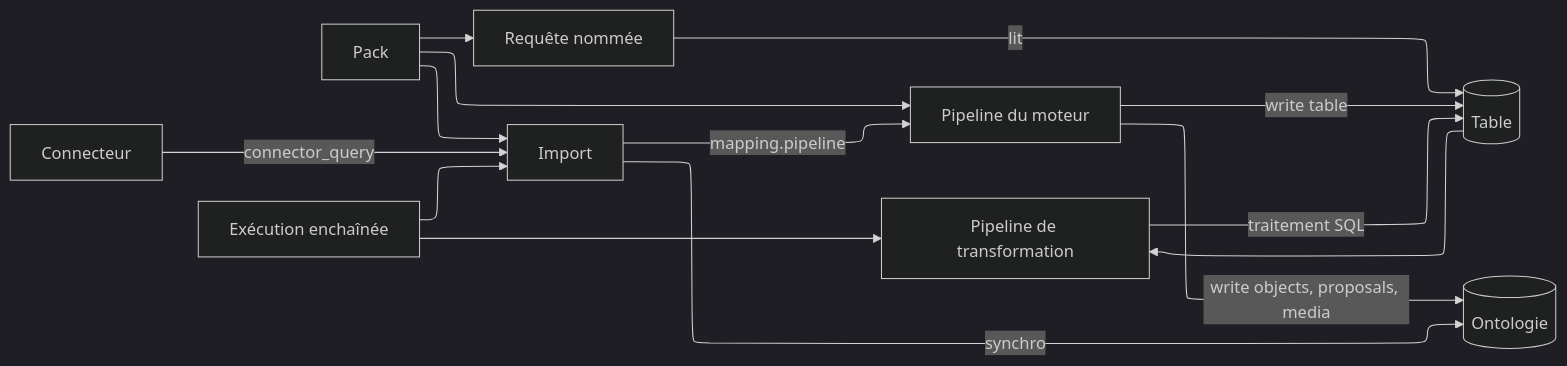
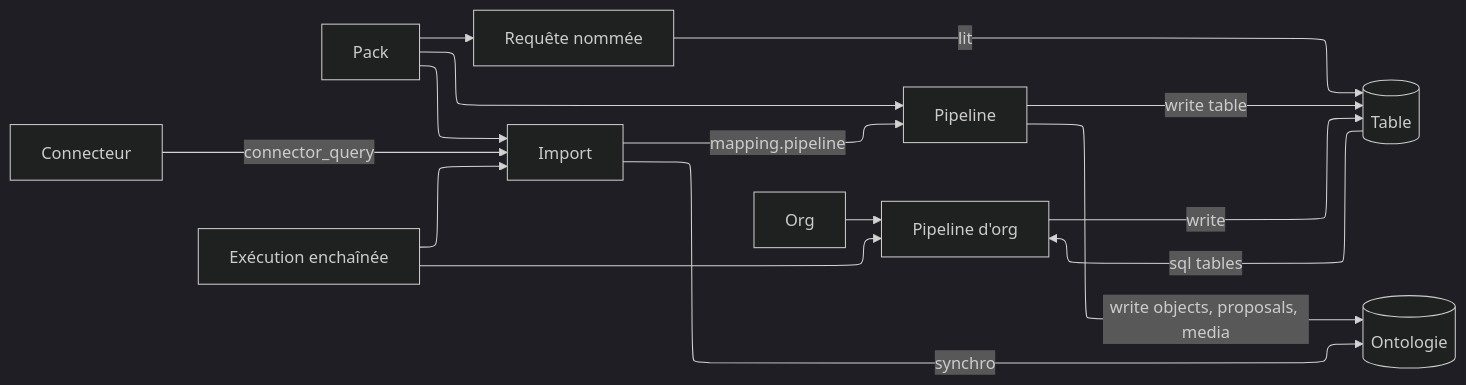
Before and after one commit to Pnex/pnex-rs: the first of 19 diagrams in docs/architecture/pipelines.md, drawn with Mermaid (dark theme). The commit also changed other lines of this file and 35 other files, not shown here.

First line of the commit message:
feat(pipelines)!: one kind of pipeline, written by the org (D934)

````diff
--- a/docs/architecture/pipelines.md
+++ b/docs/architecture/pipelines.md
@@ -24,20 +23,21 @@
 ```mermaid
 ---
 config:
   layout: elk
 ---
 flowchart LR
-  pack[Pack] --> pl[Pipeline du moteur]
+  pack[Pack] --> pl[Pipeline]
   pack --> nq[Requête nommée]
   pack --> imp[Import]
   pl -->|write table| tab[(Table)]
   pl -->|write objects, proposals, media| ont[(Ontologie)]
   imp -->|mapping.pipeline| pl
   imp -->|synchro| ont
-  tr[Pipeline de transformation] -->|traitement SQL| tab
-  tab --> tr
+  org[Org] --> po[Pipeline d'org]
+  po -->|write| tab
+  tab -->|sql tables| po
   con[Connecteur] -->|connector_query| imp
   eb[Exécution enchaînée] --> imp
-  eb --> tr
+  eb --> po
   nq -->|lit| tab
 ```
````
